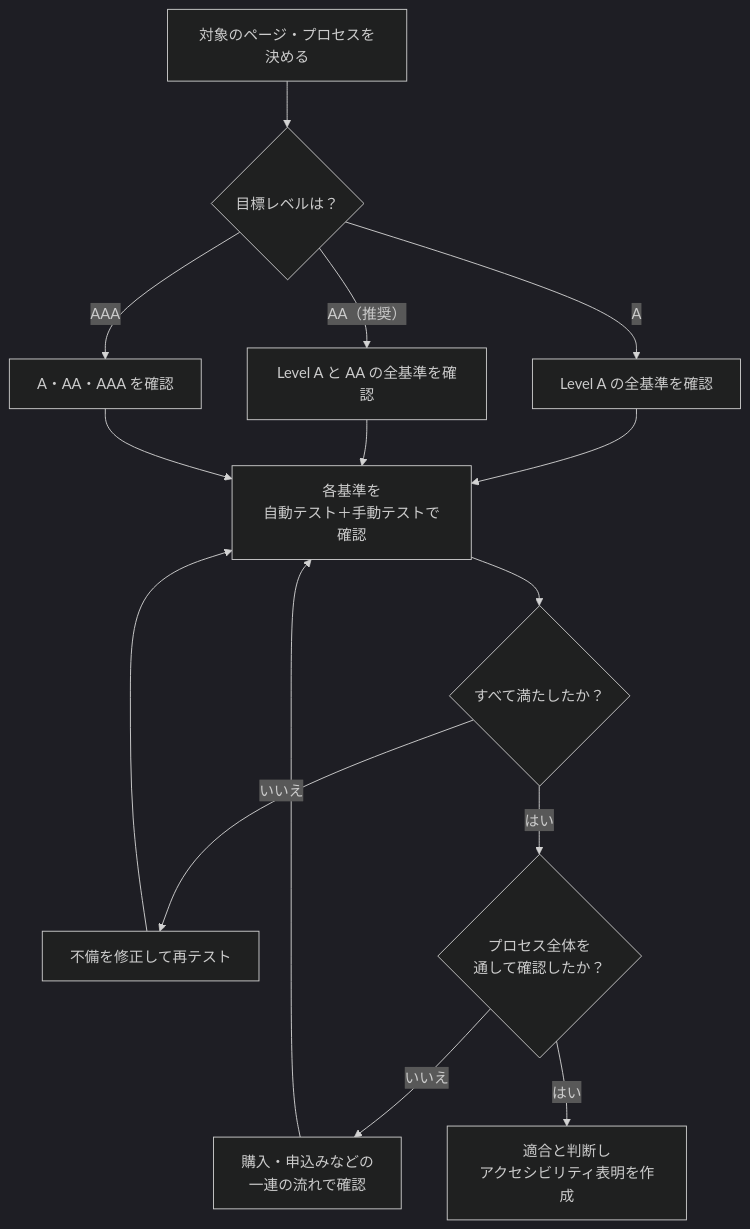
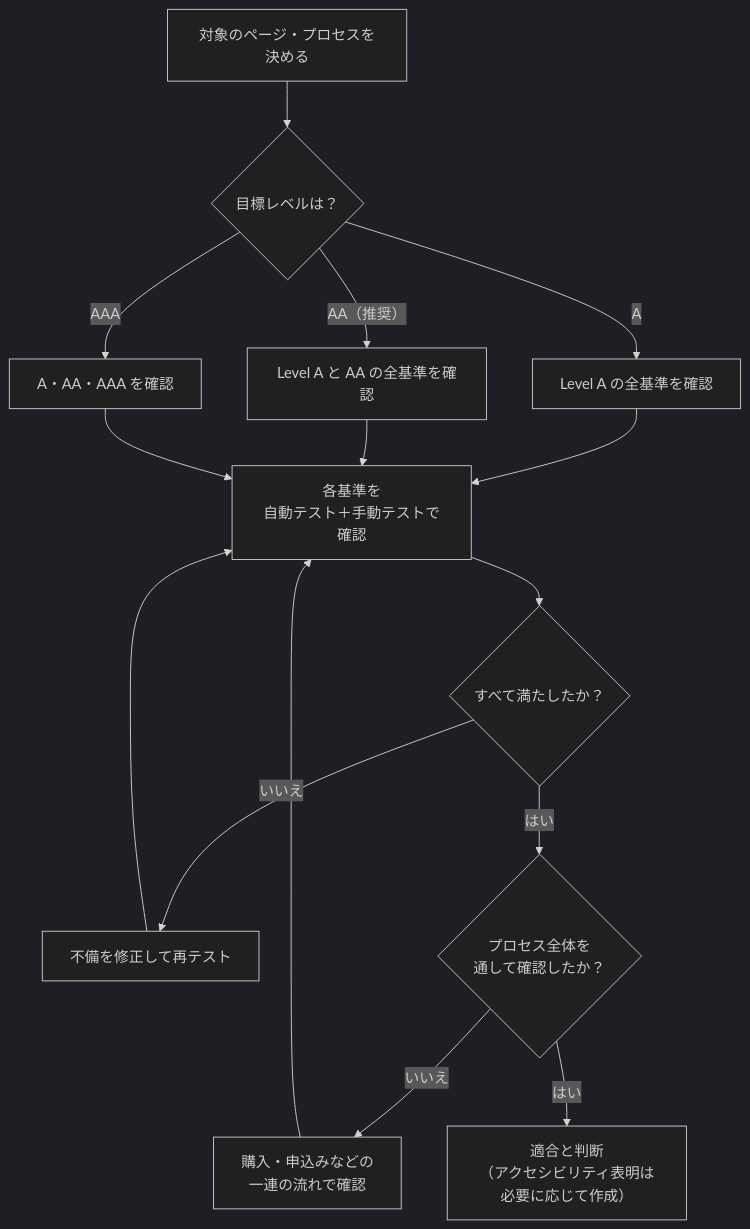
One commit to myoshi2891/Quality-Assurance-Studies changed the sixth of 9 diagrams in Iso-iec-40500-2025-guide.md. Above: the diagram before and after it, drawn with Mermaid (dark theme). The commit also changed other lines of this file, not shown here.

````diff
--- a/Iso-iec-40500-2025-guide.md
+++ b/Iso-iec-40500-2025-guide.md
@@ -349,17 +356,17 @@
 ```mermaid
 flowchart TD
     Start["対象のページ・プロセスを決める"] --> Q1{"目標レベルは？"}
     Q1 -->|"A"| LA["Level A の全基準を確認"]
     Q1 -->|"AA（推奨）"| LAA["Level A と AA の全基準を確認"]
     Q1 -->|"AAA"| LAAA["A・AA・AAA を確認"]
     LA --> T["各基準を<br/>自動テスト＋手動テストで確認"]
     LAA --> T
     LAAA --> T
     T --> Q2{"すべて満たしたか？"}
     Q2 -->|"いいえ"| Fix["不備を修正して再テスト"]
     Fix --> T
     Q2 -->|"はい"| Q3{"プロセス全体を<br/>通して確認したか？"}
     Q3 -->|"いいえ"| Flow["購入・申込みなどの<br/>一連の流れで確認"]
     Flow --> T
-    Q3 -->|"はい"| Done["適合と判断し<br/>アクセシビリティ表明を作成"]
+    Q3 -->|"はい"| Done["適合と判断<br/>（アクセシビリティ表明は必要に応じて作成）"]
 ```
````
